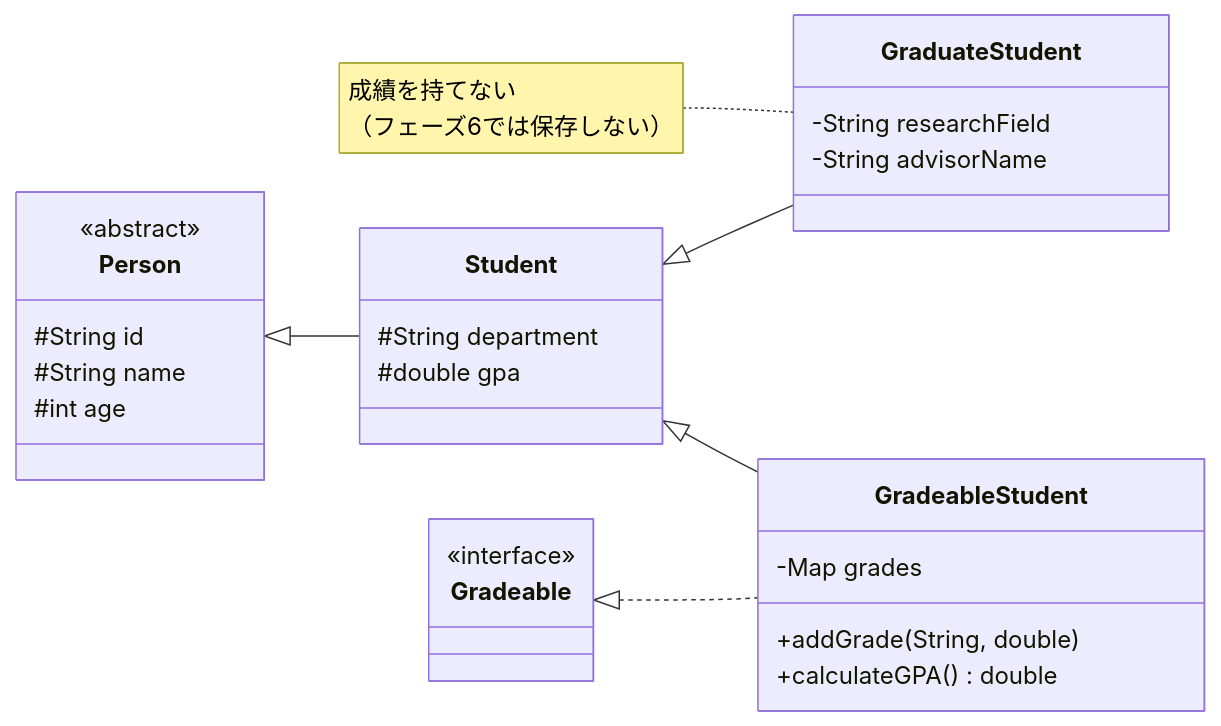
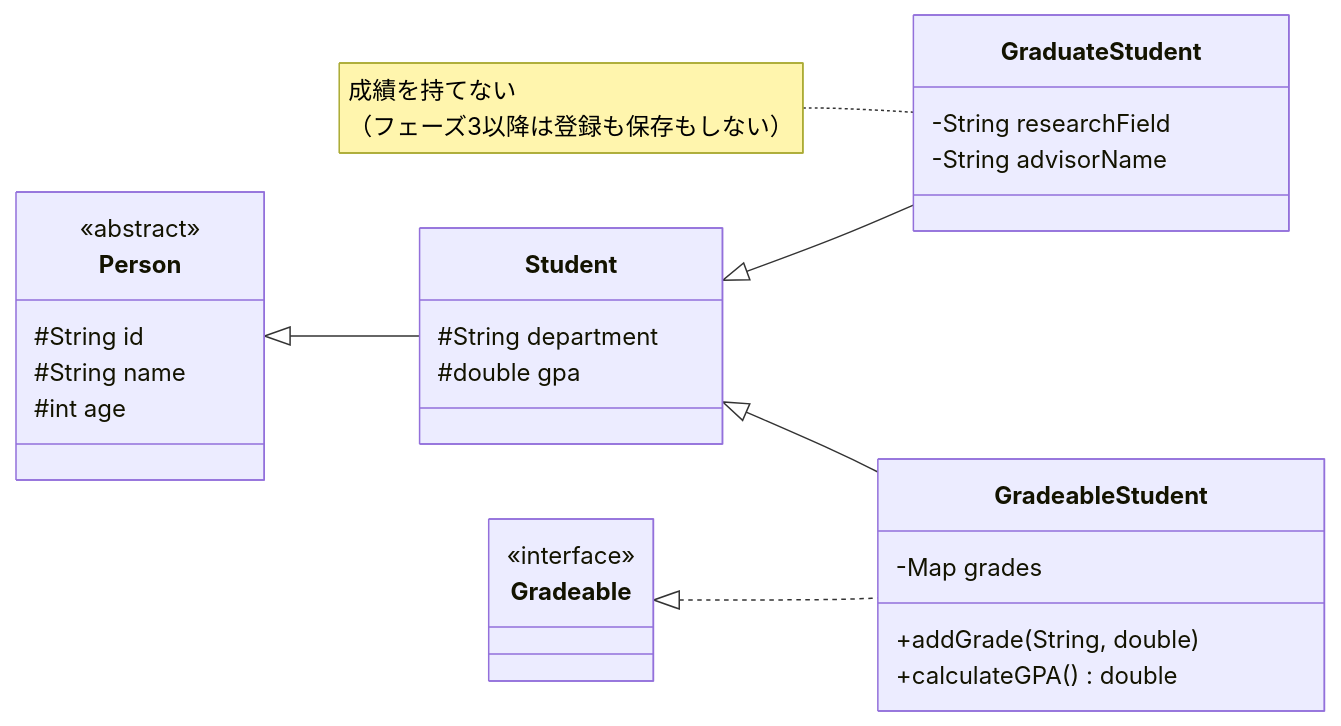
The diagram in docs/diagrams/chapter25-initial-hierarchy.mmd (Nagatani/techbook-java-primer), drawn with Mermaid before and after one commit. The commit also changed 34 other files, not shown here.

First line of the commit message:
fix: 第17〜26章を校閲し、技術的な誤り・図の食い違い・表記を直す

```diff
--- a/docs/diagrams/chapter25-initial-hierarchy.mmd
+++ b/docs/diagrams/chapter25-initial-hierarchy.mmd
@@ -1,29 +1,29 @@
 classDiagram
     direction LR
     class Person {
         <<abstract>>
         #String id
         #String name
         #int age
     }
     class Student {
         #String department
         #double gpa
     }
     class GraduateStudent {
         -String researchField
         -String advisorName
     }
     class GradeableStudent {
         -Map grades
         +addGrade(String, double)
         +calculateGPA() double
     }
     class Gradeable {
         <<interface>>
     }
     Person <|-- Student
     Student <|-- GraduateStudent
     Student <|-- GradeableStudent
     Gradeable <|.. GradeableStudent
-    note for GraduateStudent "成績を持てない<br/>（フェーズ6では保存しない）"
+    note for GraduateStudent "成績を持てない<br/>（フェーズ3以降は登録も保存もしない）"
```
